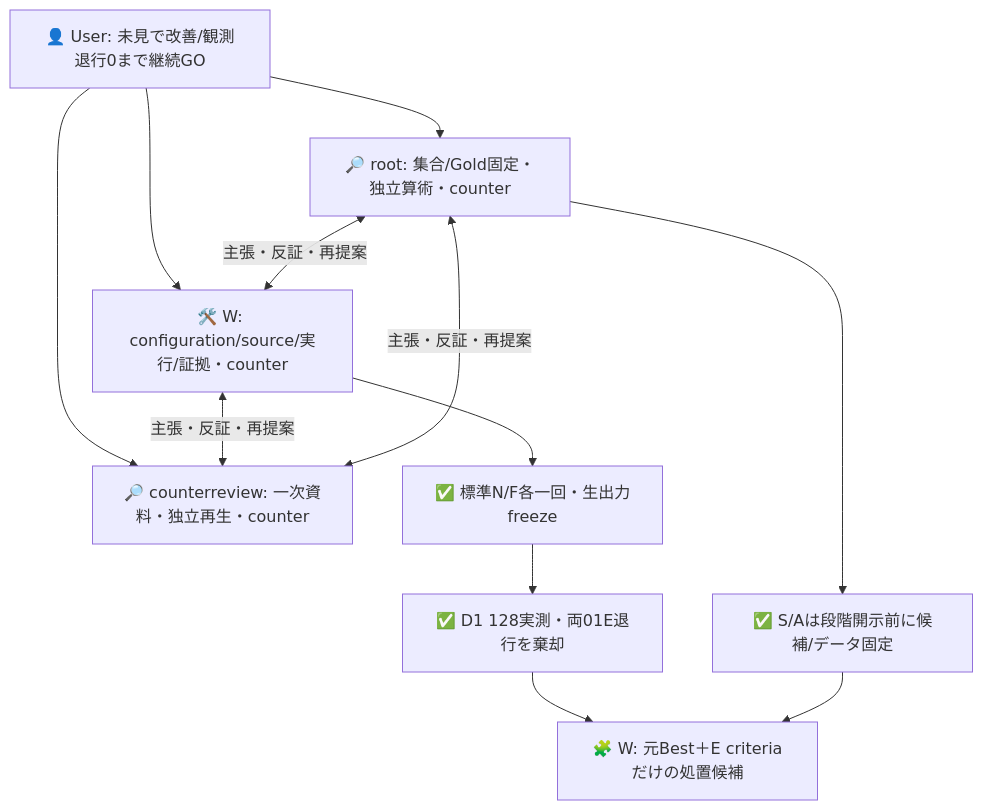
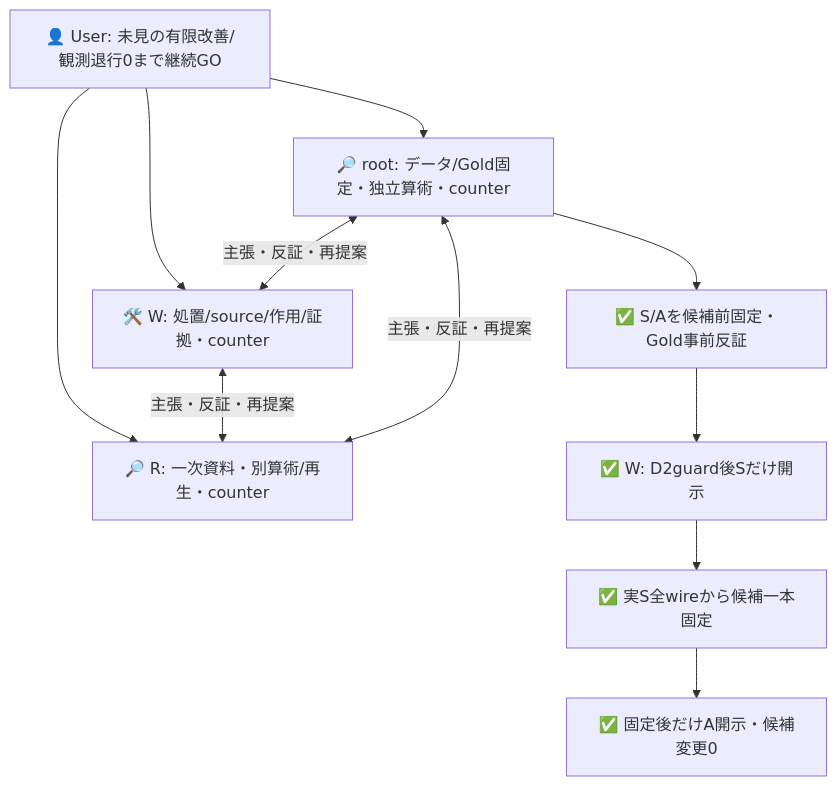
One commit to roccho-org/ops changed the first of 2 diagrams in experiments/sys1-eval-loop/regression/README.md. Above: the diagram before and after it, drawn with Mermaid. The commit also changed other lines of this file and 9 other files, not shown here.

````diff
--- a/experiments/sys1-eval-loop/regression/README.md
+++ b/experiments/sys1-eval-loop/regression/README.md
@@ -55,14 +66,13 @@
 ```mermaid
 flowchart TB
-  U["👤 User: 未見で改善/観測退行0まで継続GO"] --> R["🔎 root: 集合/Gold固定・独立算術・counter"]
-  U --> W["🛠️ W: configuration/source/実行/証拠・counter"]
-  U --> C["🔎 counterreview: 一次資料・独立再生・counter"]
+  U["👤 User: 未見の有限改善/観測退行0まで継続GO"] --> R["🔎 root: データ/Gold固定・独立算術・counter"]
+  U --> W["🛠️ W: 処置/source/作用/証拠・counter"]
+  U --> C["🔎 R: 一次資料・別算術/再生・counter"]
   R <-->|主張・反証・再提案| W
   W <-->|主張・反証・再提案| C
   C <-->|主張・反証・再提案| R
-  R --> K["✅ S/Aは段階開示前に候補/データ固定"]
-  W --> B["✅ 標準N/F各一回・生出力freeze"]
-  B --> D["✅ D1 128実測・両01E退行を棄却"]
-  D --> P["🧩 W: 元Best＋E criteriaだけの処置候補"]
-  K --> P
+  R --> K["✅ S/Aを候補前固定・Gold事前反証"]
+  K --> D["✅ W: D2guard後Sだけ開示"]
+  D --> F["✅ 実S全wireから候補一本固定"]
+  F --> A["✅ 固定後だけA開示・候補変更0"]
 ```
````
